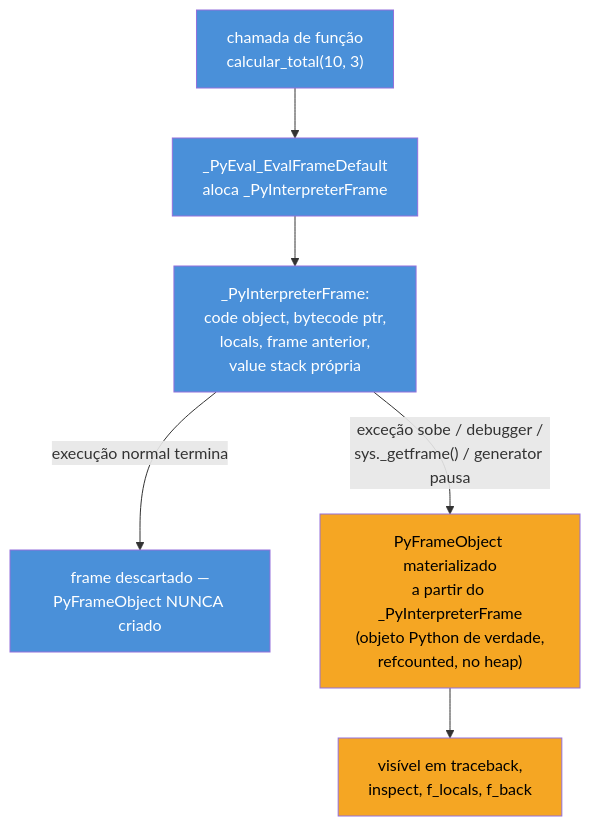
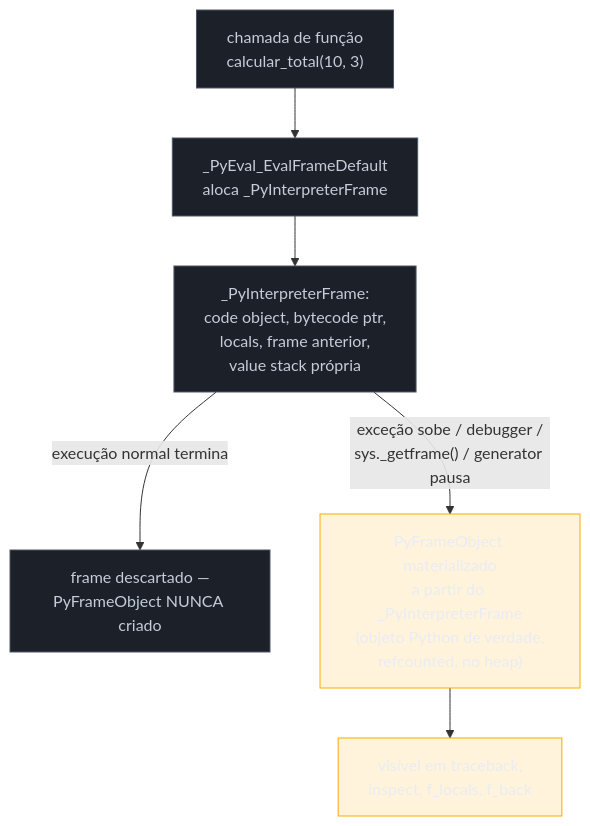
Before and after one commit to josenaldo/codex-technomanticus: the diagram in 03-Dominios/Tecnologia/Python/CPython internals/01 - O interpretador por dentro — ceval loop e frame objects.md, drawn with Mermaid. The commit also changed 1181 other files, not shown here.

First line of the commit message:
fix(diagramas): paleta do sistema no lugar de cor cravada no markdown

````diff
--- a/03-Dominios/Tecnologia/Python/CPython internals/01 - O interpretador por dentro — ceval loop e frame objects.md
+++ b/03-Dominios/Tecnologia/Python/CPython internals/01 - O interpretador por dentro — ceval loop e frame objects.md
@@ -114,15 +114,17 @@
 ```mermaid
 flowchart TD
+    classDef neutro fill:#1B2029,stroke:#4E5666,color:#C6CCD8
+    classDef destaque fill:#FFAA0024,stroke:#FFAA00,color:#E9ECF2
     A["chamada de função<br/>calcular_total(10, 3)"] --> B["_PyEval_EvalFrameDefault<br/>aloca _PyInterpreterFrame"]
     B --> C["_PyInterpreterFrame:<br/>code object, bytecode ptr,<br/>locals, frame anterior,<br/>value stack própria"]
     C -->|"execução normal termina"| D["frame descartado —<br/>PyFrameObject NUNCA criado"]
     C -->|"exceção sobe / debugger /<br/>sys._getframe() / generator pausa"| E["PyFrameObject materializado<br/>a partir do _PyInterpreterFrame<br/>(objeto Python de verdade,<br/>refcounted, no heap)"]
     E --> F["visível em traceback,<br/>inspect, f_locals, f_back"]
 
-    style A fill:#4A90D9,color:#fff
-    style B fill:#4A90D9,color:#fff
-    style C fill:#4A90D9,color:#fff
-    style D fill:#4A90D9,color:#fff
-    style E fill:#F5A623,color:#000
-    style F fill:#F5A623,color:#000
+    class A neutro
+    class B neutro
+    class C neutro
+    class D neutro
+    class E destaque
+    class F destaque
 ```
````
